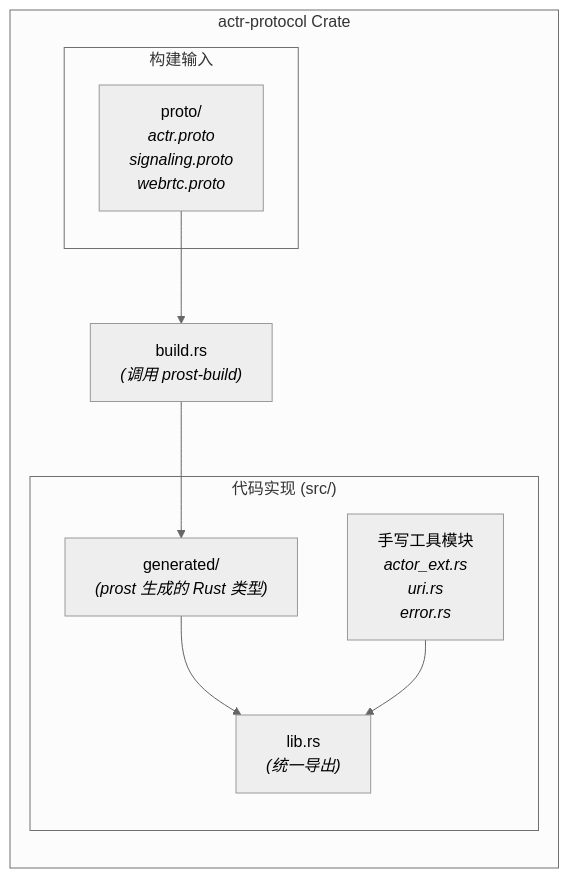
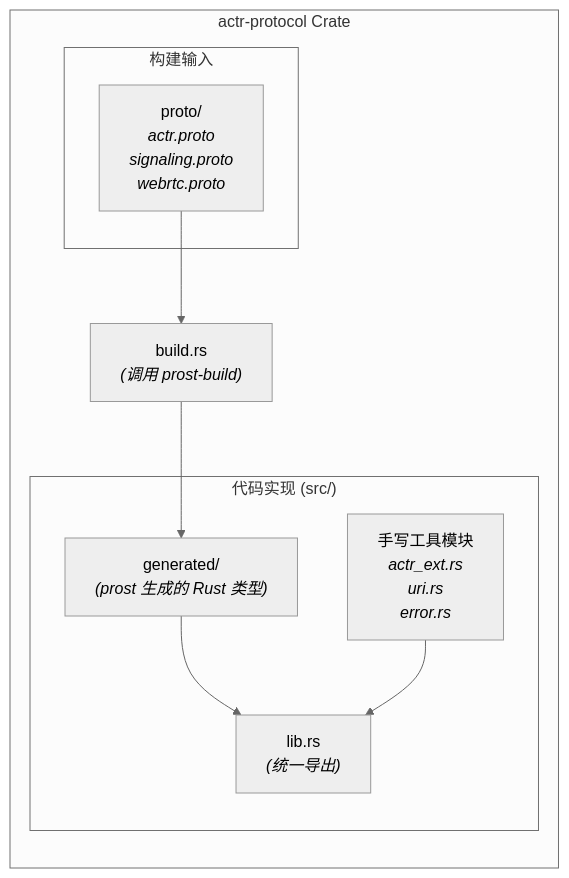
Before and after one commit to Actrium/actrium: the first of 2 diagrams in crates/actr-protocol/README.zh.md, drawn with Mermaid (neutral theme). The commit also changed other lines of this file and 14 other files, not shown here.

````diff
--- a/crates/actr-protocol/README.zh.md
+++ b/crates/actr-protocol/README.zh.md
@@ -17,23 +17,23 @@
 ```mermaid
 graph TD
     subgraph "actr-protocol Crate"
         direction TB
         
         subgraph "构建输入"
             ProtoDir["proto/<br/><i>actr.proto<br/>signaling.proto<br/>webrtc.proto</i>"]
         end
 
         BuildRs["build.rs<br/><i>(调用 prost-build)</i>"]
         
         subgraph "代码实现 (src/)"
             Generated["generated/<br/><i>(prost 生成的 Rust 类型)</i>"]
-            Utils["手写工具模块<br/><i>actor_ext.rs<br/>uri.rs<br/>error.rs</i>"]
+            Utils["手写工具模块<br/><i>actr_ext.rs<br/>uri.rs<br/>error.rs</i>"]
             LibRs["lib.rs<br/><i>(统一导出)</i>"]
         end
 
         ProtoDir --> BuildRs
         BuildRs --> Generated
         Generated --> LibRs
         Utils --> LibRs
     end
 ```
````
